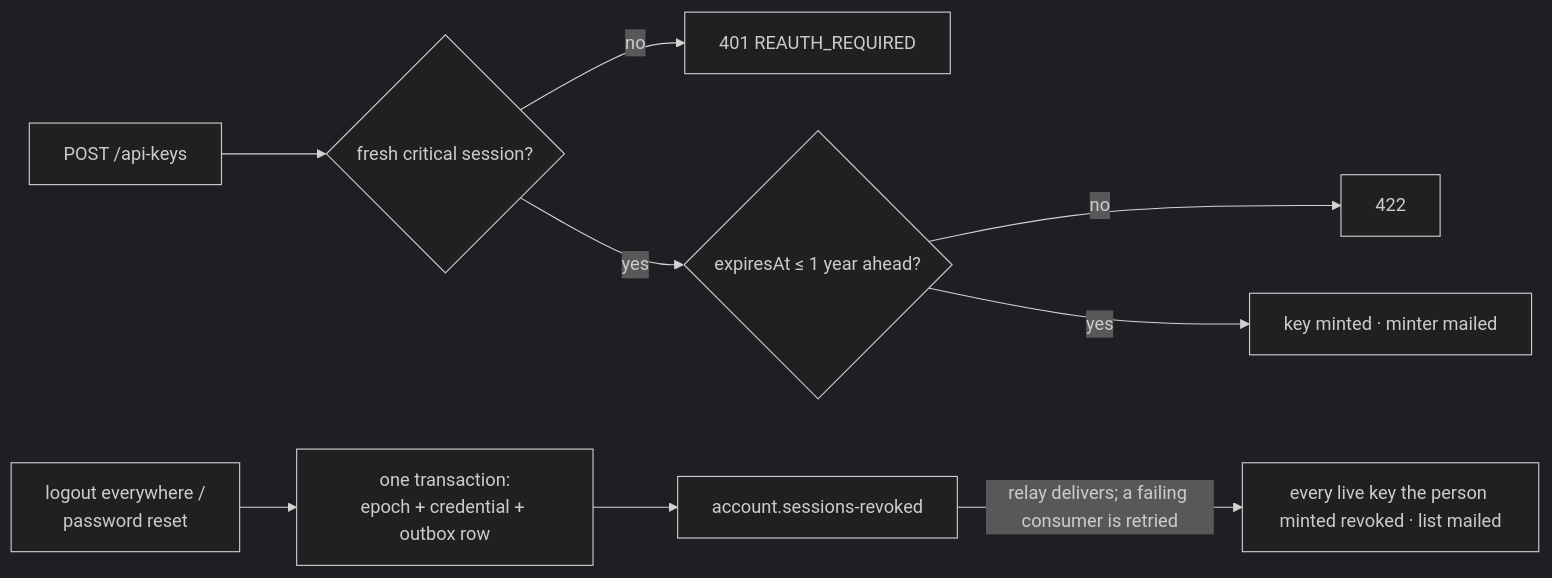
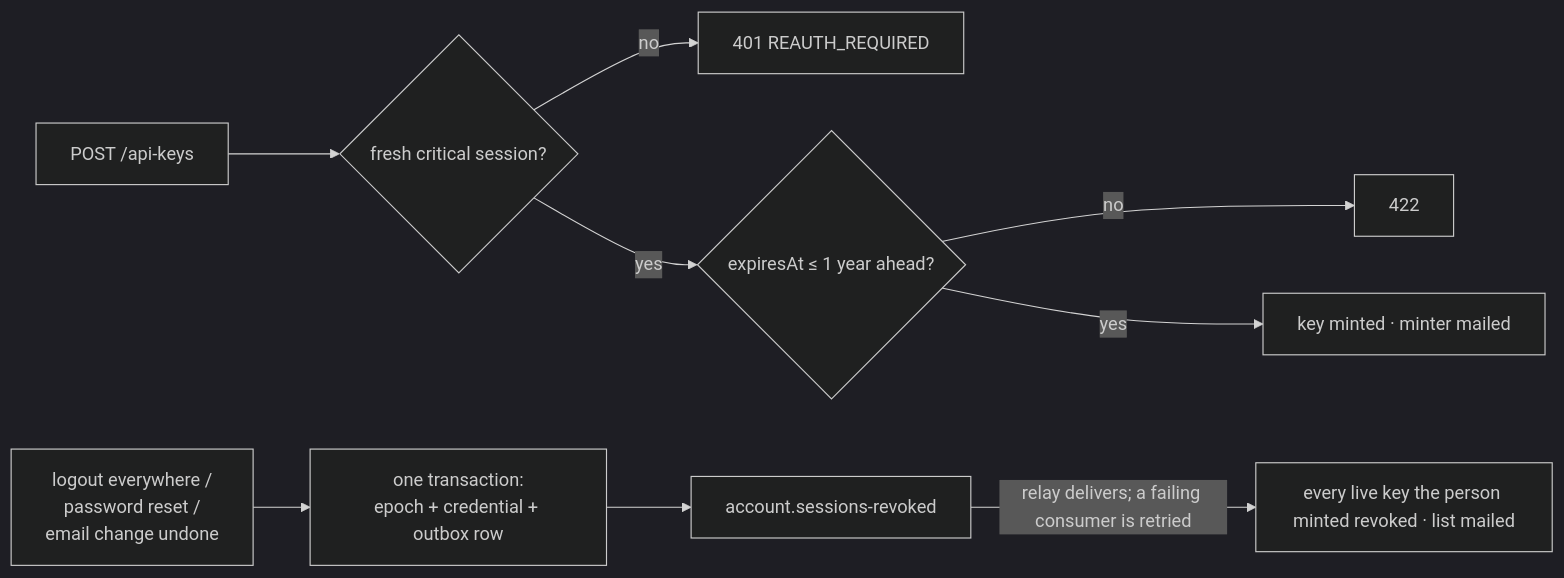
Before and after one commit to Guebbit/boilerplate-node-backend: the third of 3 diagrams in docs/modules/api-keys.md, drawn with Mermaid (dark theme). The commit also changed other lines of this file and 14 other files, not shown here.

````diff
--- a/docs/modules/api-keys.md
+++ b/docs/modules/api-keys.md
@@ -84,11 +84,11 @@
 ```mermaid
 flowchart LR
     M["POST /api-keys"] --> F{"fresh critical session?"}
     F -->|no| R["401 REAUTH_REQUIRED"]
     F -->|yes| E{"expiresAt ≤ 1 year ahead?"}
     E -->|no| U["422"]
     E -->|yes| K["key minted · minter mailed"]
-    L["logout everywhere /<br/>password reset"] --> T["one transaction:<br/>epoch + credential + outbox row"]
+    L["logout everywhere /<br/>password reset /<br/>email change undone"] --> T["one transaction:<br/>epoch + credential + outbox row"]
     T --> V["account.sessions-revoked"]
     V -->|"relay delivers; a failing consumer is retried"| X["every live key the person minted revoked · list mailed"]
 ```
````
